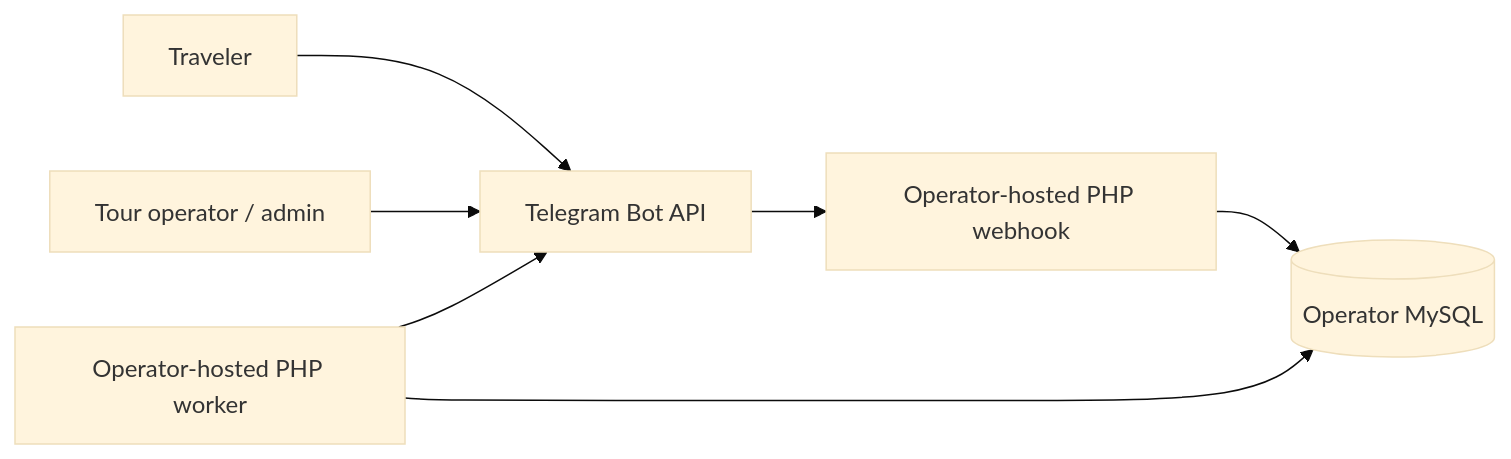
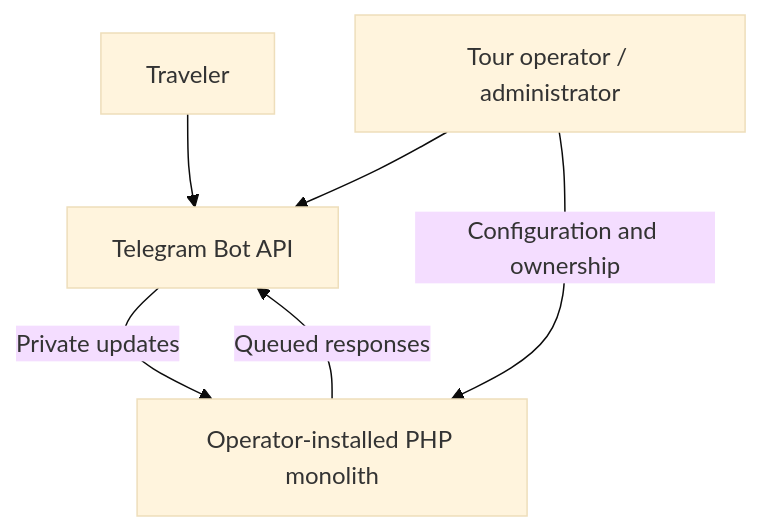
One commit to AlirezaBelal/travel-tour-reservation-bot changed the first of 2 diagrams in docs/ARCHITECTURE.md. Above: the diagram before and after it, drawn with Mermaid (base theme). The commit also changed other lines of this file and 13 other files, not shown here.

Commit message:
test: verify transaction retry architecture invariants and final source quality

````diff
--- a/docs/ARCHITECTURE.md
+++ b/docs/ARCHITECTURE.md
@@ -61,9 +11,8 @@
 ```mermaid
-flowchart LR
-    Traveler[Traveler] --> Telegram[Telegram Bot API]
-    Operator[Tour operator / admin] --> Telegram
-    Telegram --> Webhook[Operator-hosted PHP webhook]
-    Webhook --> MySQL[(Operator MySQL)]
-    Worker[Operator-hosted PHP worker] --> MySQL
-    Worker --> Telegram
+flowchart TB
+    Traveler["Traveler"] --> Telegram["Telegram Bot API"]
+    Operator["Tour operator / administrator"] --> Telegram
+    Telegram -->|Private updates| System["Operator-installed PHP monolith"]
+    System -->|Queued responses| Telegram
+    Operator -->|Configuration and ownership| System
 ```
````
